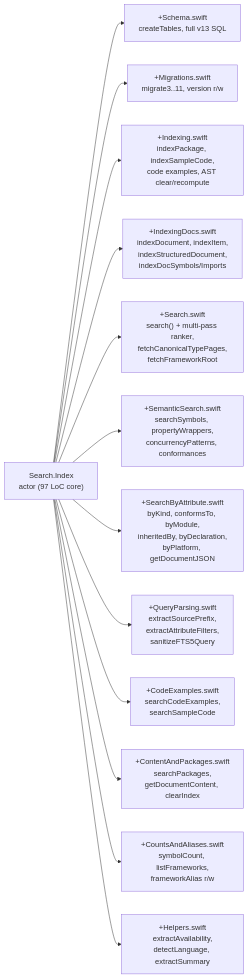
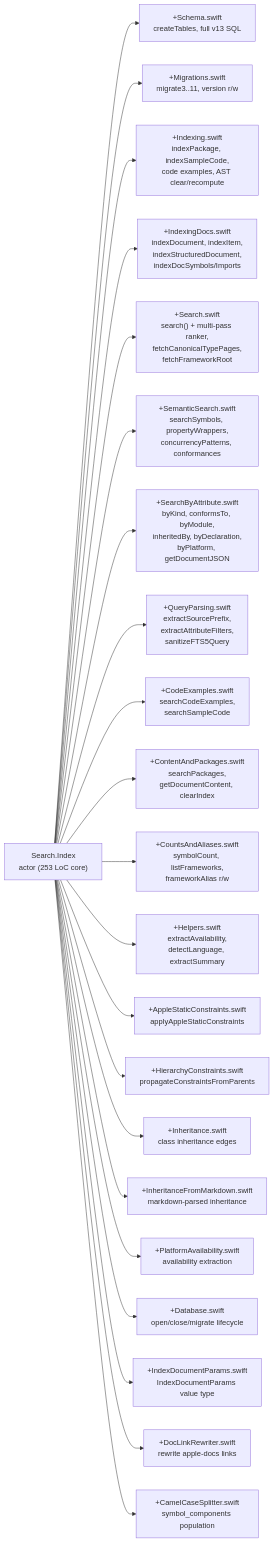
Before and after one commit to mihaelamj/cupertino: the second of 3 diagrams in docs/ARCHITECTURE.md, drawn with Mermaid. The commit also changed other lines of this file, not shown here.

First line of the commit message:
docs(architecture): correct stale facts vs current code

````diff
--- a/docs/ARCHITECTURE.md
+++ b/docs/ARCHITECTURE.md
@@ -132,17 +140,26 @@
 ```mermaid
 flowchart LR
-    Idx["Search.Index<br/>actor (97 LoC core)"]
+    Idx["Search.Index<br/>actor (253 LoC core)"]
 
     Idx --> Schema["+Schema.swift<br/>createTables, full v13 SQL"]
     Idx --> Migr["+Migrations.swift<br/>migrate3..11, version r/w"]
     Idx --> IxP["+Indexing.swift<br/>indexPackage, indexSampleCode,<br/>code examples, AST clear/recompute"]
     Idx --> IxD["+IndexingDocs.swift<br/>indexDocument, indexItem,<br/>indexStructuredDocument,<br/>indexDocSymbols/Imports"]
     Idx --> Sch["+Search.swift<br/>search() + multi-pass ranker,<br/>fetchCanonicalTypePages,<br/>fetchFrameworkRoot"]
     Idx --> Sem["+SemanticSearch.swift<br/>searchSymbols, propertyWrappers,<br/>concurrencyPatterns, conformances"]
     Idx --> Attr["+SearchByAttribute.swift<br/>byKind, conformsTo, byModule,<br/>inheritedBy, byDeclaration,<br/>byPlatform, getDocumentJSON"]
     Idx --> QP["+QueryParsing.swift<br/>extractSourcePrefix,<br/>extractAttributeFilters,<br/>sanitizeFTS5Query"]
     Idx --> Code["+CodeExamples.swift<br/>searchCodeExamples,<br/>searchSampleCode"]
     Idx --> Cont["+ContentAndPackages.swift<br/>searchPackages,<br/>getDocumentContent, clearIndex"]
     Idx --> Cnt["+CountsAndAliases.swift<br/>symbolCount, listFrameworks,<br/>frameworkAlias r/w"]
     Idx --> Hlp["+Helpers.swift<br/>extractAvailability,<br/>detectLanguage, extractSummary"]
+    Idx --> ACS["+AppleStaticConstraints.swift<br/>applyAppleStaticConstraints"]
+    Idx --> HCS["+HierarchyConstraints.swift<br/>propagateConstraintsFromParents"]
+    Idx --> Inh["+Inheritance.swift<br/>class inheritance edges"]
+    Idx --> InhMD["+InheritanceFromMarkdown.swift<br/>markdown-parsed inheritance"]
+    Idx --> PA["+PlatformAvailability.swift<br/>availability extraction"]
+    Idx --> DB["+Database.swift<br/>open/close/migrate lifecycle"]
+    Idx --> IDP["+IndexDocumentParams.swift<br/>IndexDocumentParams value type"]
+    Idx --> DLR["+DocLinkRewriter.swift<br/>rewrite apple-docs links"]
+    Idx --> CS["+CamelCaseSplitter.swift<br/>symbol_components population"]
 ```
````
